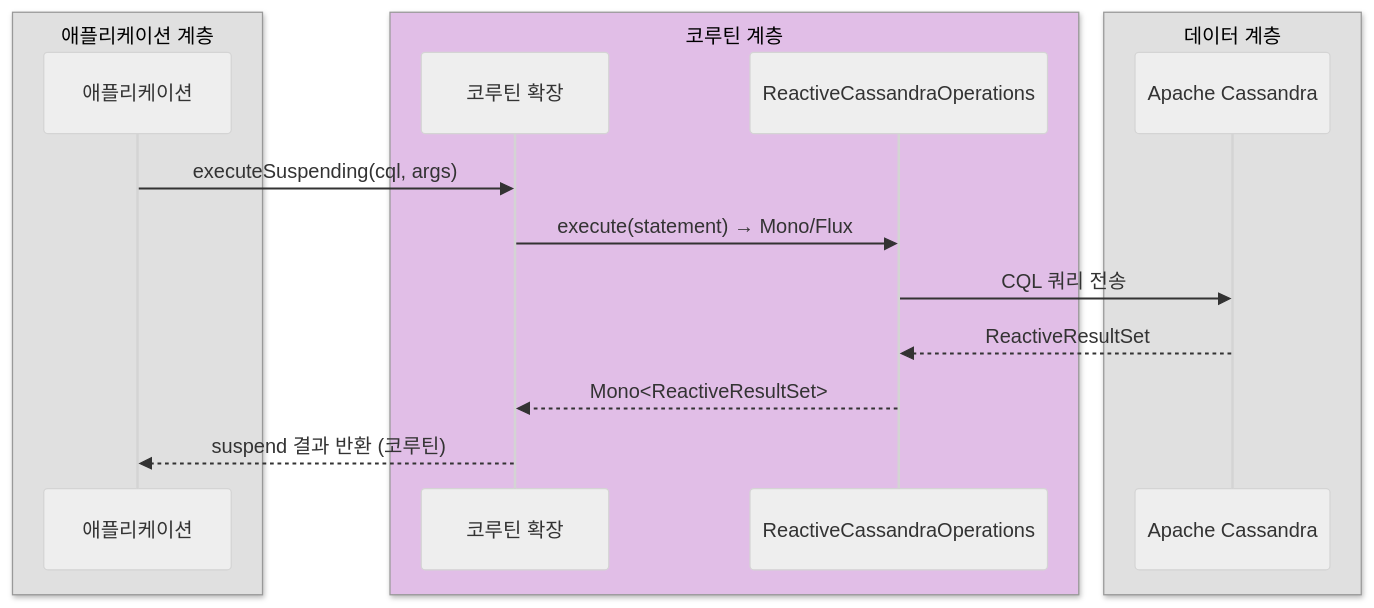
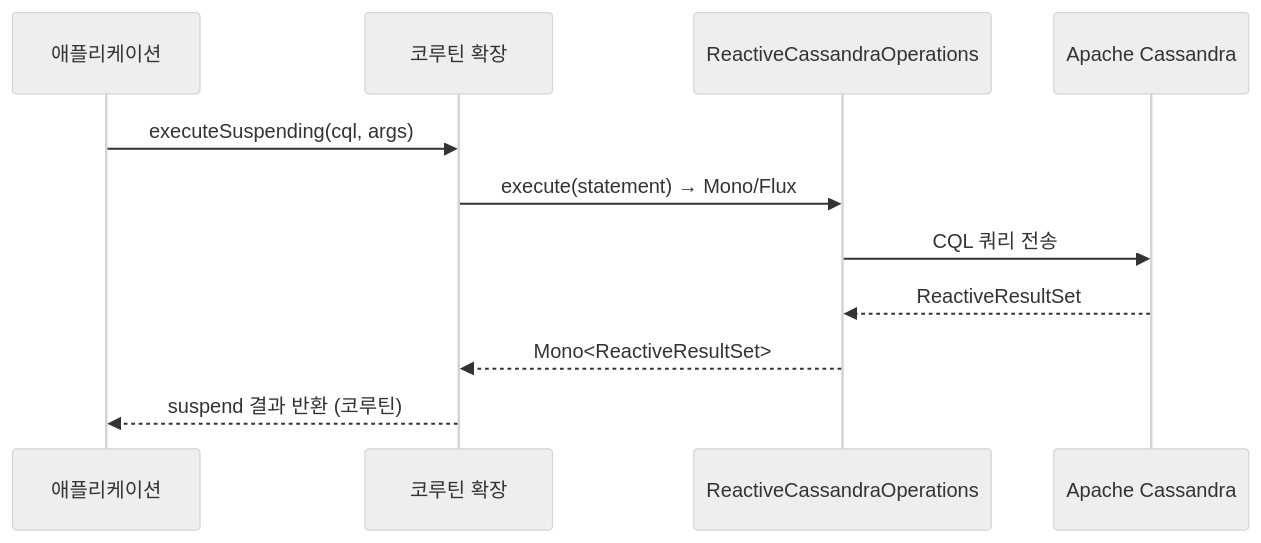
One commit to bluetape4k/bluetape4k-projects changed the third of 3 diagrams in spring-boot4/cassandra/README.ko.md. Above: the diagram before and after it, drawn with Mermaid (neutral theme). The commit also changed other lines of this file and 219 other files, not shown here.

First line of the commit message:
docs: 전체 README Mermaid 다이어그램 가이드 적용

````diff
--- a/spring-boot4/cassandra/README.ko.md
+++ b/spring-boot4/cassandra/README.ko.md
@@ -153,20 +153,14 @@
 ```mermaid
 sequenceDiagram
-    box rgb(224,224,224) 애플리케이션 계층
         participant App as 애플리케이션
-    end
-    box rgb(225,190,231) 코루틴 계층
         participant Ext as 코루틴 확장
         participant Ops as ReactiveCassandraOperations
-    end
-    box rgb(224,224,224) 데이터 계층
         participant DB as Apache Cassandra
-    end
 
     App->>Ext: executeSuspending(cql, args)
     Ext->>Ops: execute(statement) → Mono/Flux
     Ops->>DB: CQL 쿼리 전송
     DB-->>Ops: ReactiveResultSet
     Ops-->>Ext: Mono<ReactiveResultSet>
     Ext-->>App: suspend 결과 반환 (코루틴)
 ```
````
